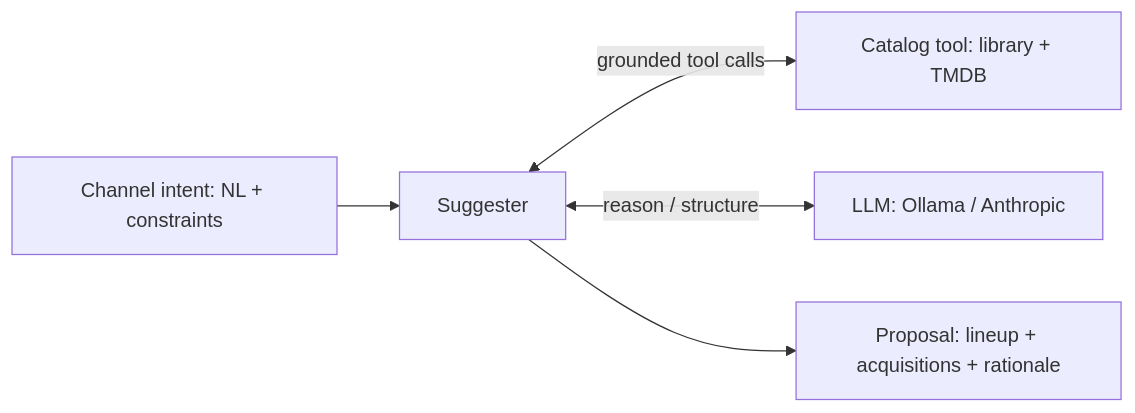
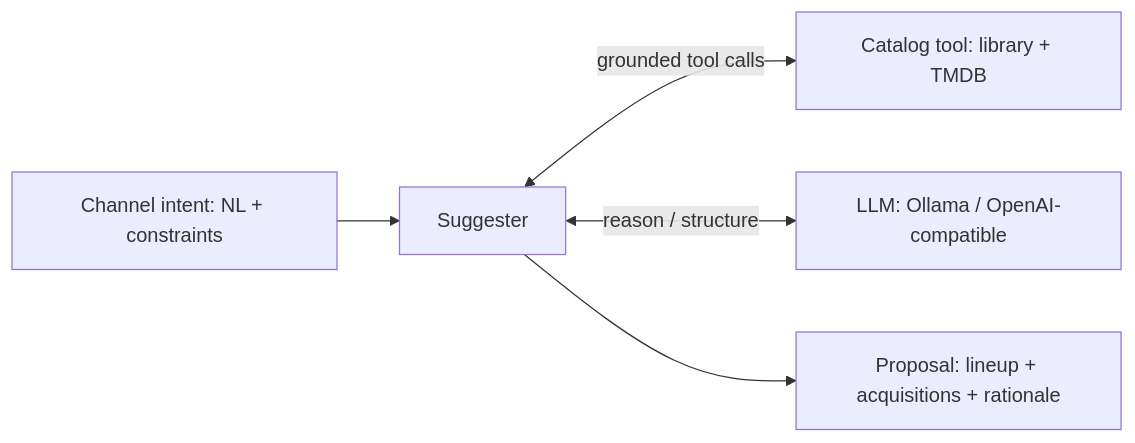
Before and after one commit to loomarr/loomarr: the third of 3 diagrams in docs/design.md, drawn with Mermaid. The commit also changed other lines of this file, not shown here.

First line of the commit message:
docs: correct stale 'Ollama/Anthropic native-adapter' phrasings to the shipped 2-adapter reality

````diff
--- a/docs/design.md
+++ b/docs/design.md
@@ -315,12 +315,12 @@
 ```mermaid
 flowchart LR
   Intent[Channel intent: NL + constraints]
   SUG[Suggester]
   Cat[Catalog tool: library + TMDB]
-  LLM[LLM: Ollama / Anthropic]
+  LLM[LLM: Ollama / OpenAI-compatible]
   Prop[Proposal: lineup + acquisitions + rationale]
   Intent --> SUG
   SUG <-->|grounded tool calls| Cat
   SUG <-->|reason / structure| LLM
   SUG --> Prop
 ```
````
